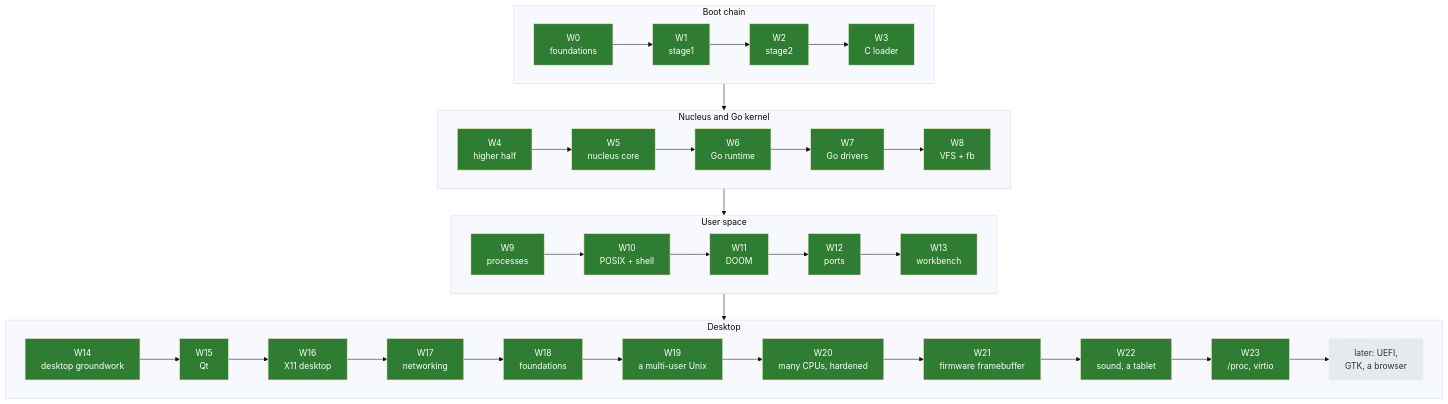
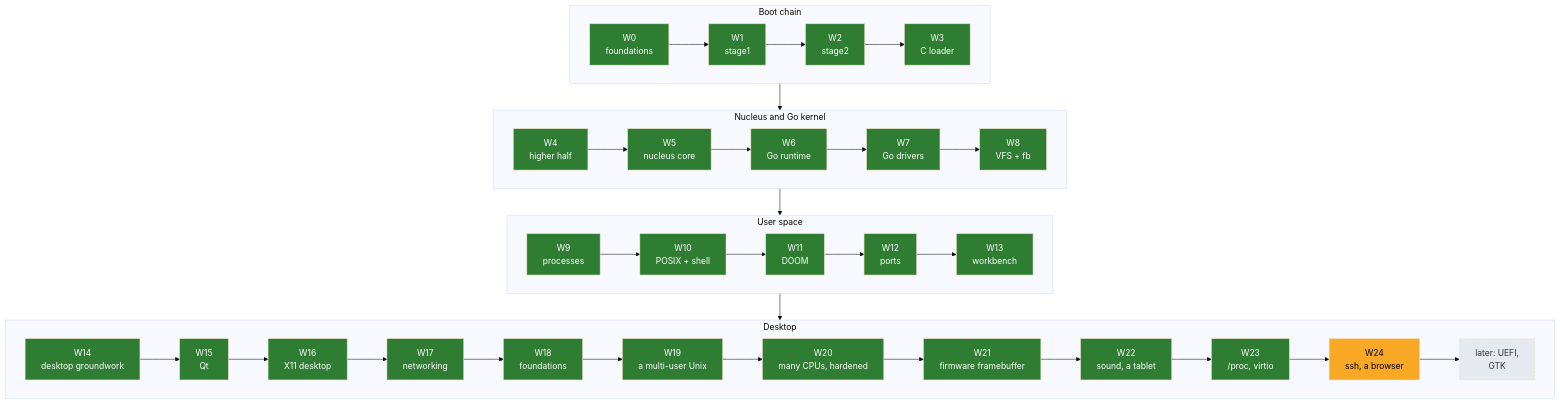
The diagram in docs/04-plan/ROADMAP.md (decagondev/burrow), drawn with Mermaid (base theme) before and after one commit. The commit also changed other lines of this file and 5 other files, not shown here.

First line of the commit message:
Plan Wave 24: ssh, TLS and a browser

````diff
--- a/docs/04-plan/ROADMAP.md
+++ b/docs/04-plan/ROADMAP.md
@@ -32,25 +33,26 @@
 ```mermaid
 flowchart TB
     subgraph boot["Boot chain"]
         direction LR
         W0["W0<br/>foundations"] --> W1["W1<br/>stage1"] --> W2["W2<br/>stage2"] --> W3["W3<br/>C loader"]
     end
     subgraph core["Nucleus and Go kernel"]
         direction LR
         W4["W4<br/>higher half"] --> W5["W5<br/>nucleus core"] --> W6["W6<br/>Go runtime"] --> W7["W7<br/>Go drivers"] --> W8["W8<br/>VFS + fb"]
     end
     subgraph unix["User space"]
         direction LR
         W9["W9<br/>processes"] --> W10["W10<br/>POSIX + shell"] --> W11["W11<br/>DOOM"] --> W12["W12<br/>ports"] --> W13["W13<br/>workbench"]
     end
     subgraph desk["Desktop"]
         direction LR
-        W14["W14<br/>desktop groundwork"] --> W15["W15<br/>Qt"] --> W16["W16<br/>X11 desktop"] --> W17["W17<br/>networking"] --> W18["W18<br/>foundations"] --> W19["W19<br/>a multi-user Unix"] --> W20["W20<br/>many CPUs, hardened"] --> W21["W21<br/>firmware framebuffer"] --> W22["W22<br/>sound, a tablet"] --> W23["W23<br/>/proc, virtio"] --> X["later: UEFI,<br/>GTK, a browser"]
+        W14["W14<br/>desktop groundwork"] --> W15["W15<br/>Qt"] --> W16["W16<br/>X11 desktop"] --> W17["W17<br/>networking"] --> W18["W18<br/>foundations"] --> W19["W19<br/>a multi-user Unix"] --> W20["W20<br/>many CPUs, hardened"] --> W21["W21<br/>firmware framebuffer"] --> W22["W22<br/>sound, a tablet"] --> W23["W23<br/>/proc, virtio"] --> W24["W24<br/>ssh, a browser"] --> X["later: UEFI,<br/>GTK"]
     end
     boot --> core --> unix --> desk
     classDef done fill:#2e7d32,color:#fff;
     classDef next fill:#f9a825,color:#000;
     classDef later fill:#e6eaee,color:#333,stroke-dasharray: 4 3;
     class W0,W1,W2,W3,W4,W5,W6,W7,W8,W9,W10,W11,W12,W13,W14,W15,W16,W17,W18,W19,W20,W21,W22,W23 done;
+    class W24 next;
     class X later;
 ```
````
